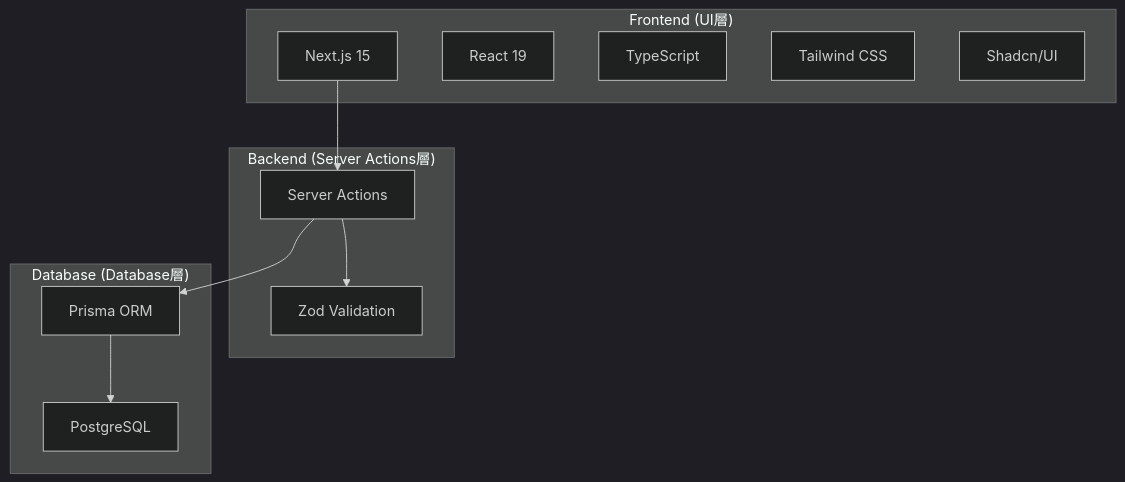
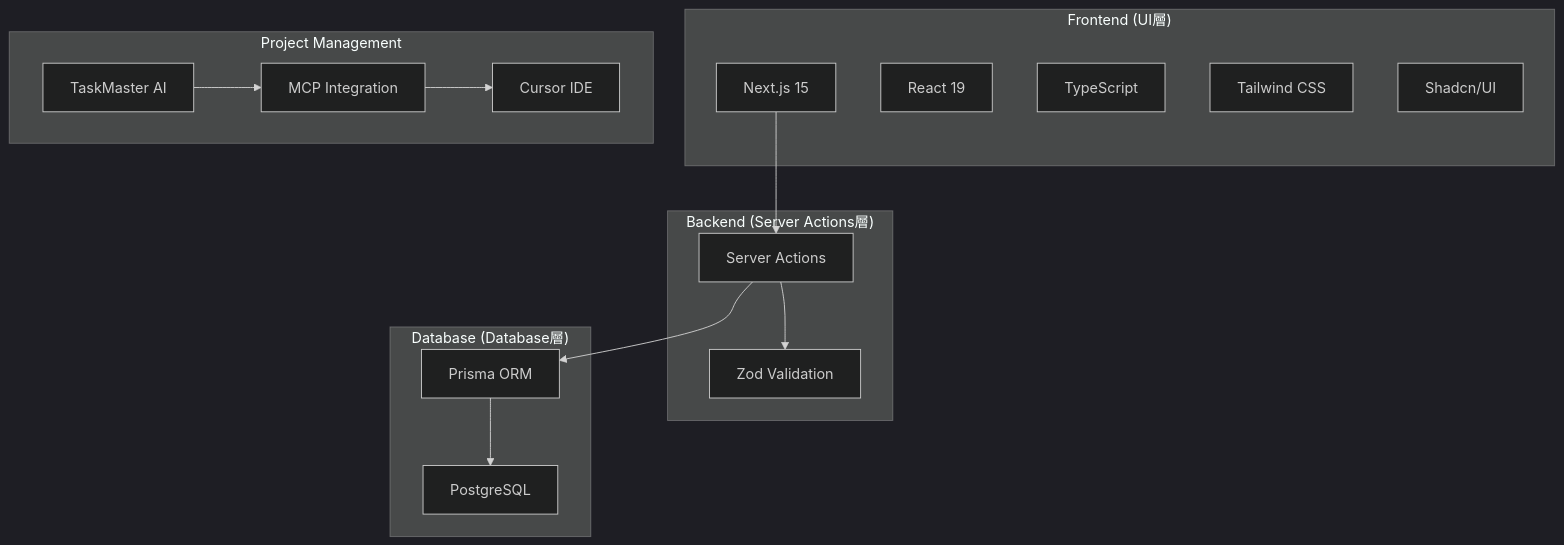
Before and after one commit to sudat/biz-clone: the diagram in .taskmaster/docs/README.md, drawn with Mermaid (dark theme). The commit also changed other lines of this file and 7 other files, not shown here.

````diff
--- a/.taskmaster/docs/README.md
+++ b/.taskmaster/docs/README.md
@@ -86,25 +148,33 @@
 ```mermaid
 graph TB
     subgraph "Frontend (UI層)"
         NEXT[Next.js 15]
         REACT[React 19]
         TS[TypeScript]
         TAILWIND[Tailwind CSS]
         SHADCN[Shadcn/UI]
     end
 
     subgraph "Backend (Server Actions層)"
         ACTIONS[Server Actions]
         ZOD[Zod Validation]
     end
 
     subgraph "Database (Database層)"
         PRISMA[Prisma ORM]
         POSTGRES[PostgreSQL]
     end
 
+    subgraph "Project Management"
+        TASKMASTER[TaskMaster AI]
+        MCP[MCP Integration]
+        CURSOR[Cursor IDE]
+    end
+
     NEXT --> ACTIONS
     ACTIONS --> ZOD
     ACTIONS --> PRISMA
     PRISMA --> POSTGRES
+    TASKMASTER --> MCP
+    MCP --> CURSOR
 ```
````
